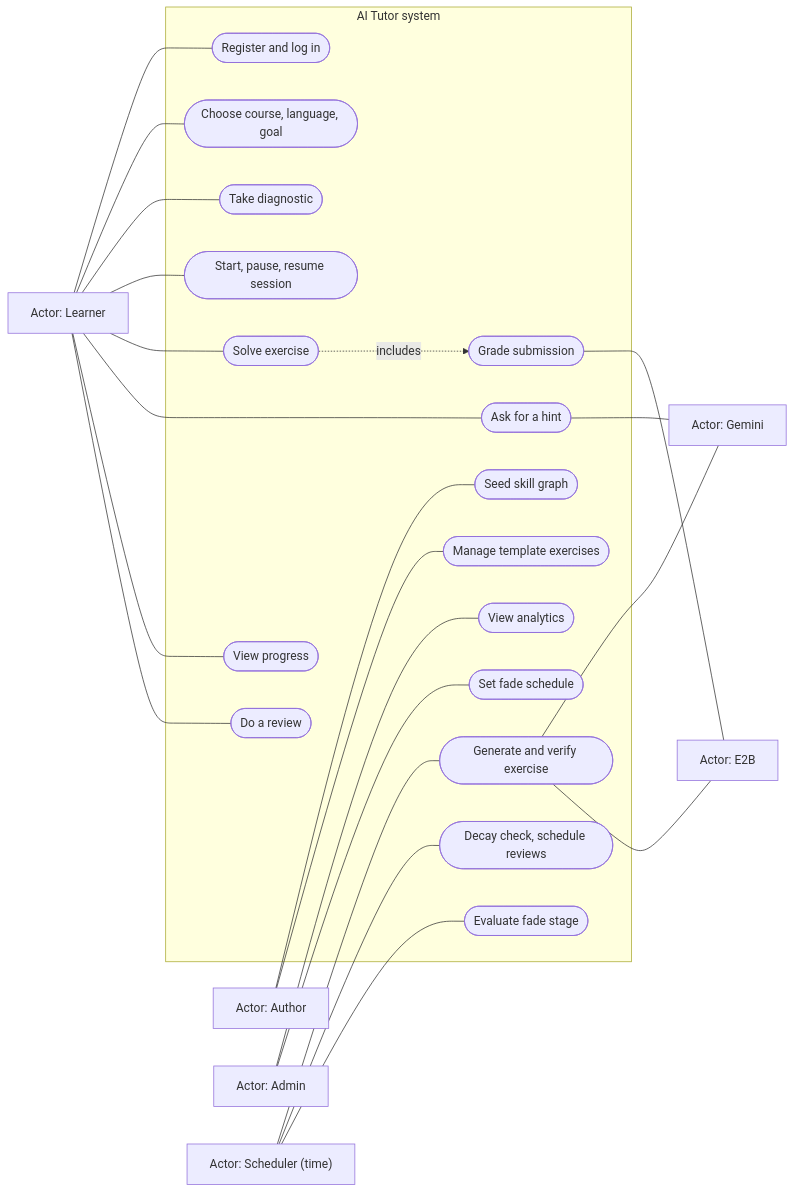
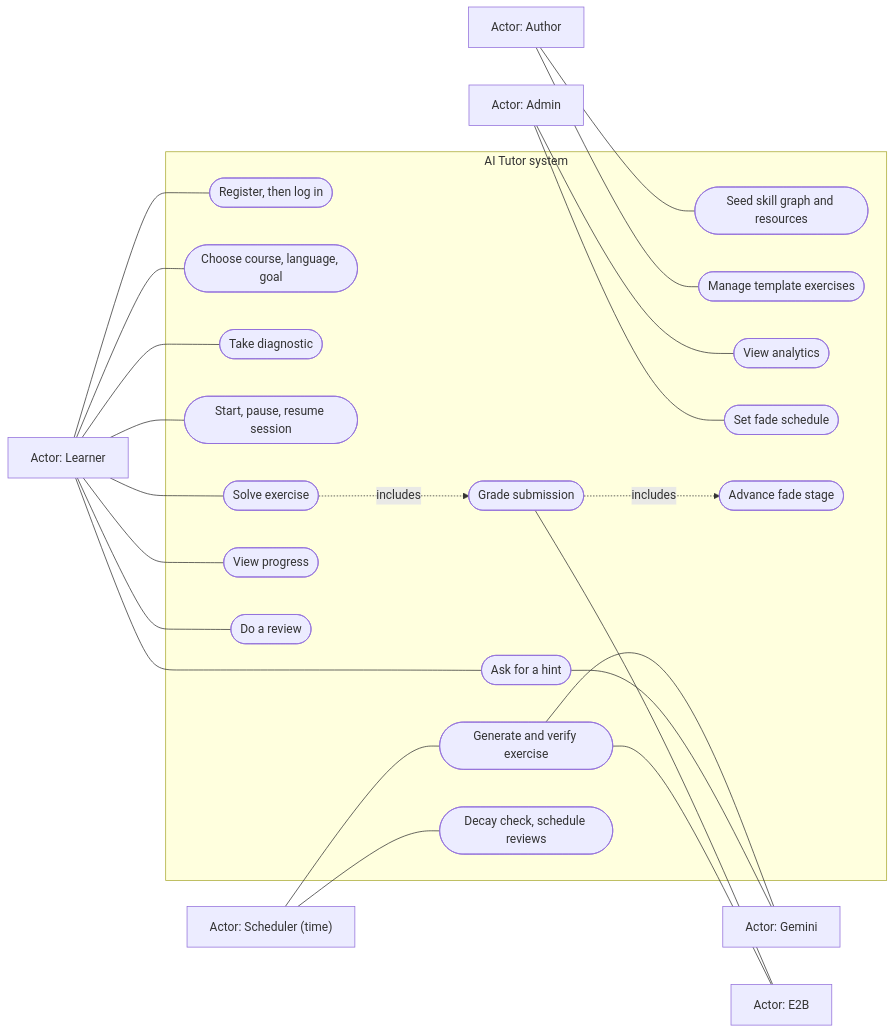
Before and after one commit to Nidanos/ai-tutor-platform: diagram 16 of 32 in DOCS/phase-2/MP3-System-Design.md, drawn with Mermaid. The commit also changed other lines of this file, not shown here.

Commit message:
docs: update Phase 2 design with per-skill fade, schema refinements and auth decisions

````diff
--- a/DOCS/phase-2/MP3-System-Design.md
+++ b/DOCS/phase-2/MP3-System-Design.md
@@ -977,36 +1080,37 @@
 ```mermaid
 flowchart LR
   Learner["Actor: Learner"]
   Author["Actor: Author"]
   Admin["Actor: Admin"]
   Clock["Actor: Scheduler (time)"]
   subgraph SYS["AI Tutor system"]
-    U1(["Register and log in"])
+    U1(["Register, then log in"])
     U2(["Choose course, language, goal"])
     U3(["Take diagnostic"])
     U4(["Start, pause, resume session"])
     U5(["Solve exercise"])
     U6(["Ask for a hint"])
     U7(["View progress"])
     U8(["Do a review"])
-    U9(["Seed skill graph"])
+    U9(["Seed skill graph and resources"])
     U10(["Manage template exercises"])
     U11(["View analytics"])
     U12(["Set fade schedule"])
     U13(["Generate and verify exercise"])
     U14(["Grade submission"])
     U15(["Decay check, schedule reviews"])
-    U16(["Evaluate fade stage"])
+    U16(["Advance fade stage"])
   end
   Gemini["Actor: Gemini"]
   E2B["Actor: E2B"]
   Learner --- U1 & U2 & U3 & U4 & U5 & U6 & U7 & U8
   Author --- U9 & U10
   Admin --- U11 & U12
-  Clock --- U13 & U15 & U16
+  Clock --- U13 & U15
   U5 -. includes .-> U14
+  U14 -. includes .-> U16
   U14 --- E2B
   U13 --- Gemini
   U13 --- E2B
   U6 --- Gemini
 ```
````
